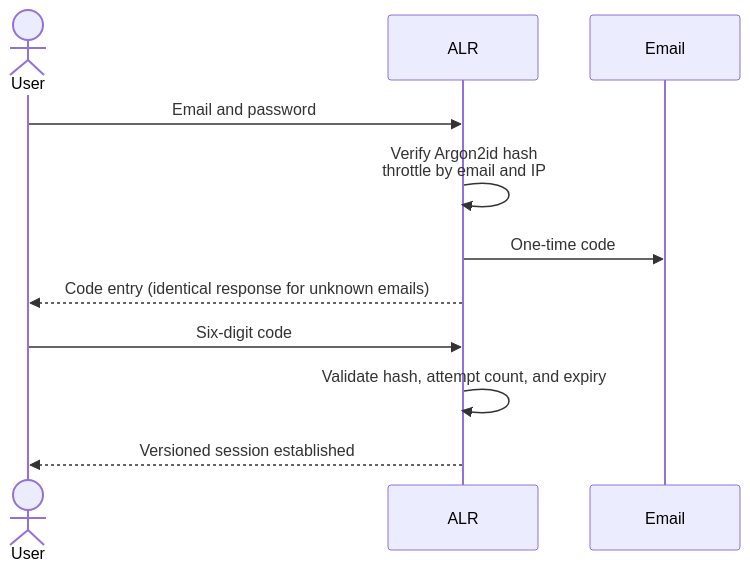
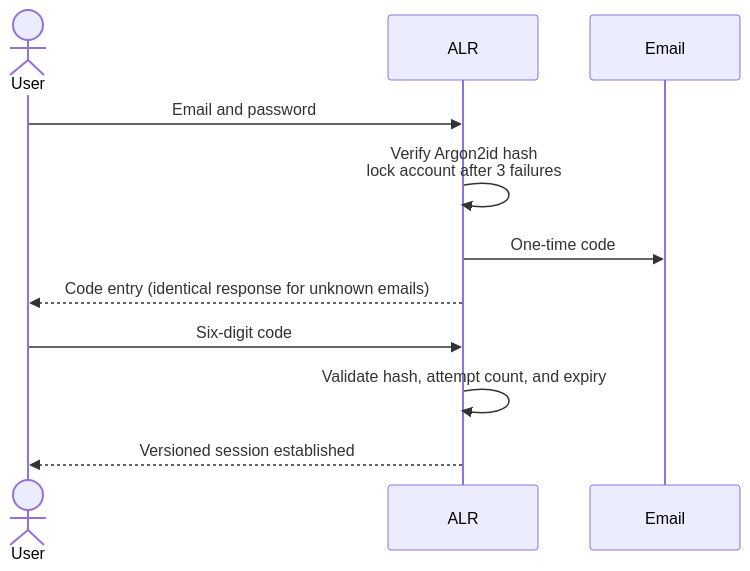
The fifth of 8 diagrams in .github/README.md (Masbismaa/mtoa_alr), drawn with Mermaid before and after one commit. The commit also changed other lines of this file and 2 other files, not shown here.

````diff
--- a/.github/README.md
+++ b/.github/README.md
@@ -486,13 +488,13 @@
 ```mermaid
 sequenceDiagram
     actor U as User
     participant A as ALR
     participant E as Email
     U->>A: Email and password
-    A->>A: Verify Argon2id hash<br/>throttle by email and IP
+    A->>A: Verify Argon2id hash<br/>lock account after 3 failures
     A->>E: One-time code
     A-->>U: Code entry (identical response for unknown emails)
     U->>A: Six-digit code
     A->>A: Validate hash, attempt count, and expiry
     A-->>U: Versioned session established
 ```
````
